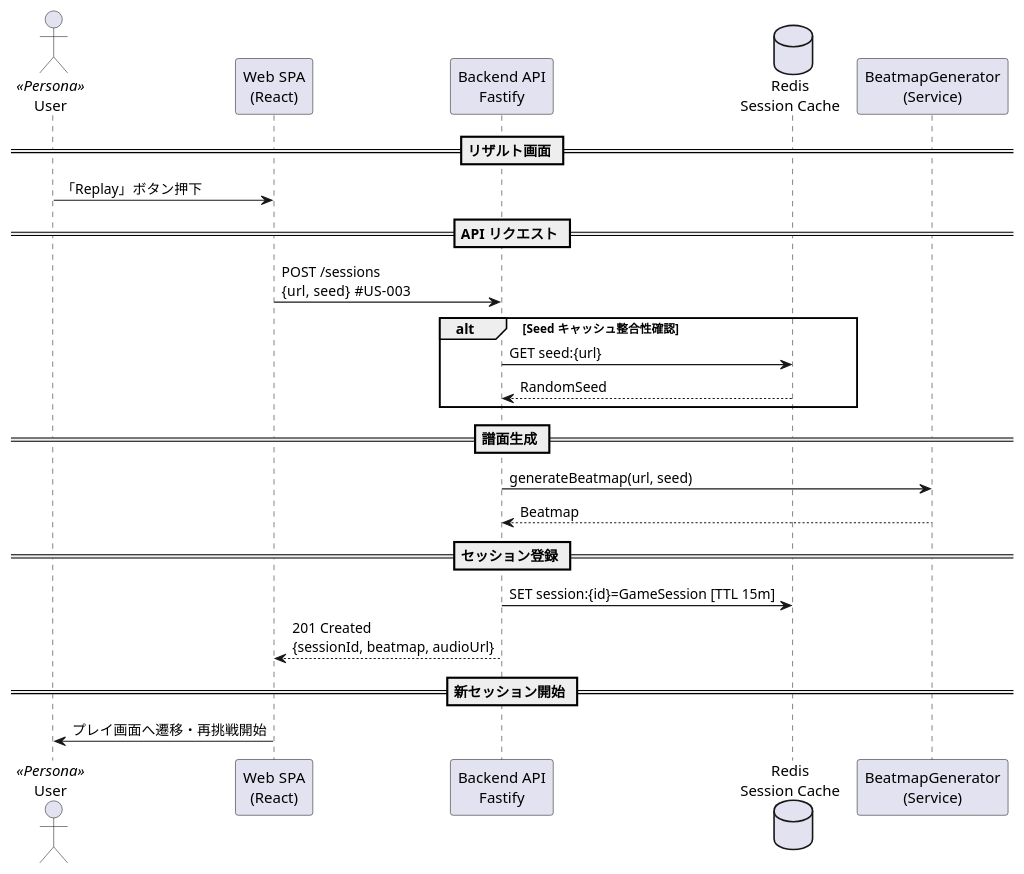
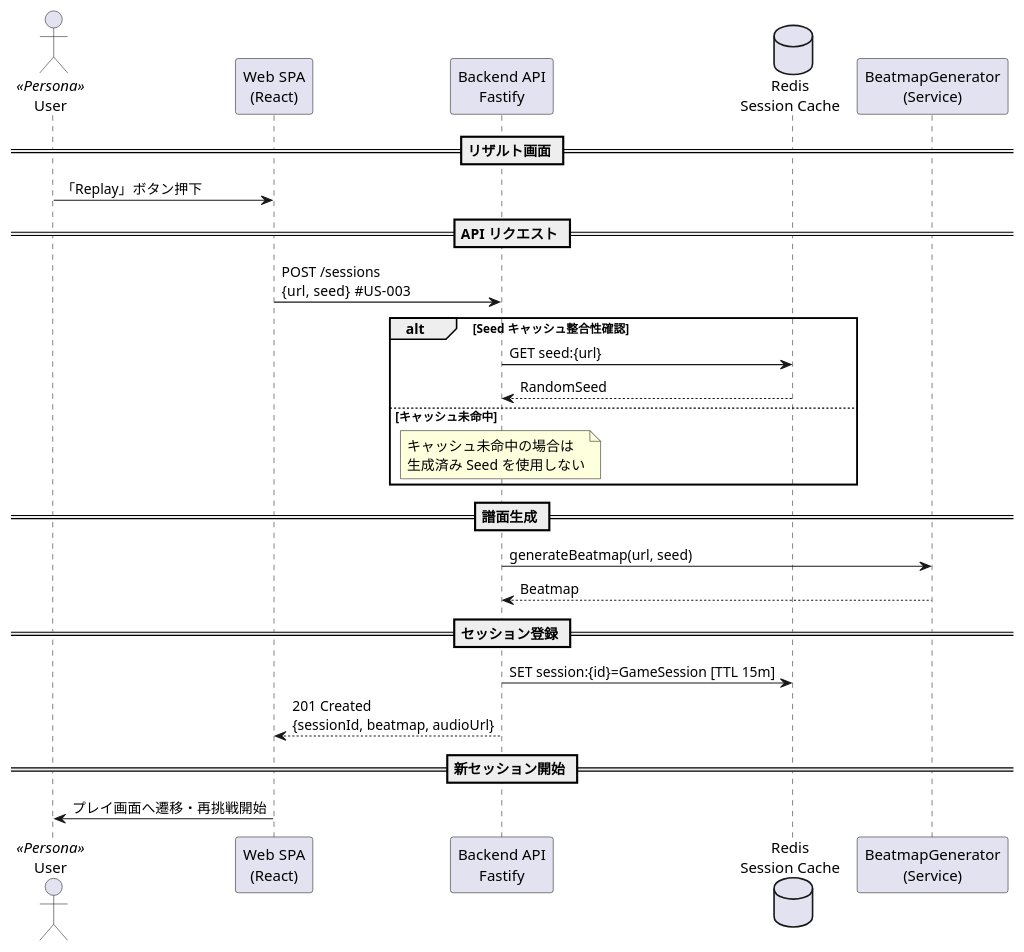
The diagram in docs/03_design/diagrams/sequence/replay.puml (u-keiya/play_as_you_like), drawn with PlantUML before and after one commit. The commit also changed 12 other files, not shown here.

```diff
--- a/docs/03_design/diagrams/sequence/replay.puml
+++ b/docs/03_design/diagrams/sequence/replay.puml
@@ -1,34 +1,36 @@
 @startuml
 ' ==============================================================
 ' Sequence Diagram — Replay Flow (#US-003)
 ' PlayAsYouLike Web Rhythm Game
 ' ==============================================================
 actor User as user <<Persona>>
 participant "Web SPA\n(React)"            as spa
 participant "Backend API\nFastify"        as api
 database    "Redis\nSession Cache"        as cache
 participant "BeatmapGenerator\n(Service)" as gen
 
 == リザルト画面 ==
 user -> spa : 「Replay」ボタン押下
 
 == API リクエスト ==
 spa -> api : POST /sessions\n{url, seed}  #US-003
 
 alt Seed キャッシュ整合性確認
     api -> cache : GET seed:{url}
     cache --> api : RandomSeed
+else キャッシュ未命中
+    note over api: キャッシュ未命中の場合は\n生成済み Seed を使用しない
 end
 
 == 譜面生成 ==
 api -> gen : generateBeatmap(url, seed)
 gen --> api : Beatmap
 
 == セッション登録 ==
 api -> cache : SET session:{id}=GameSession [TTL 15m]
 
 api --> spa : 201 Created\n{sessionId, beatmap, audioUrl}
 
 == 新セッション開始 ==
 spa -> user : プレイ画面へ遷移・再挑戦開始
 @enduml
```
